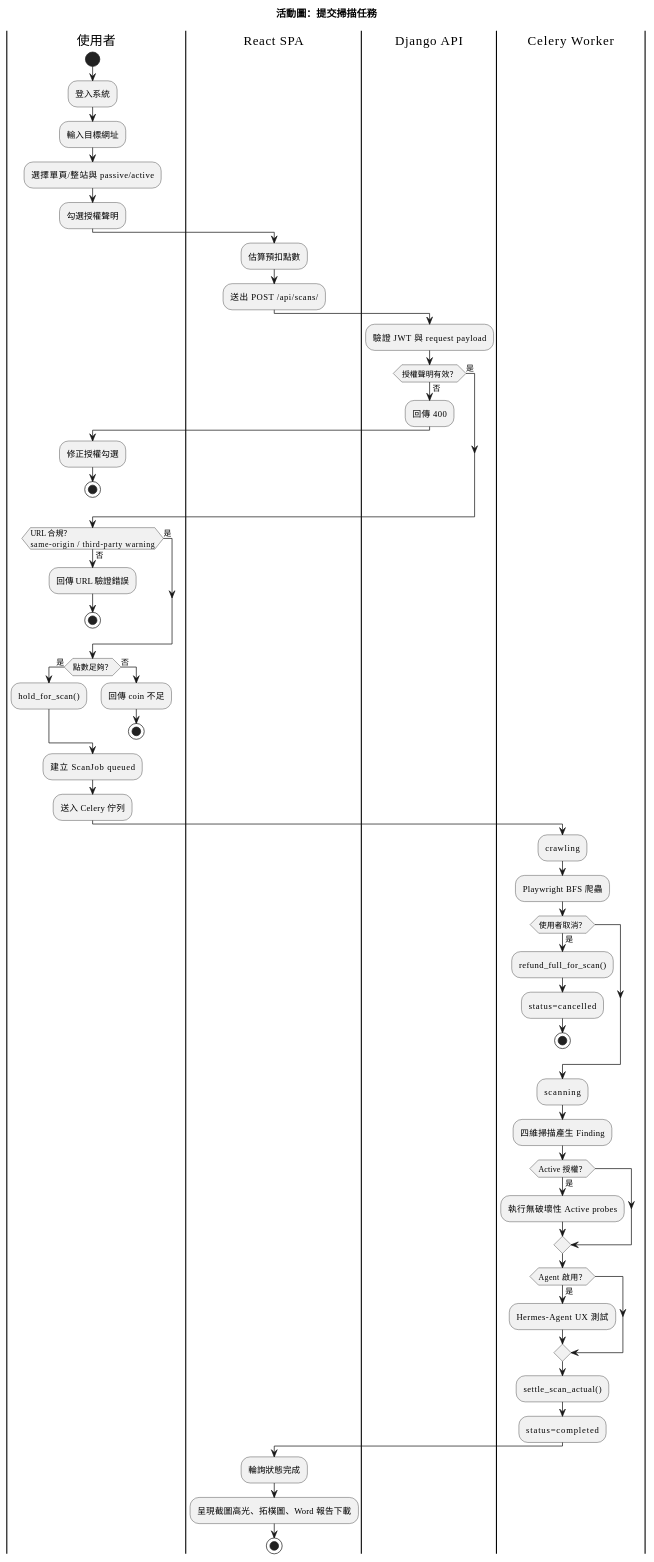
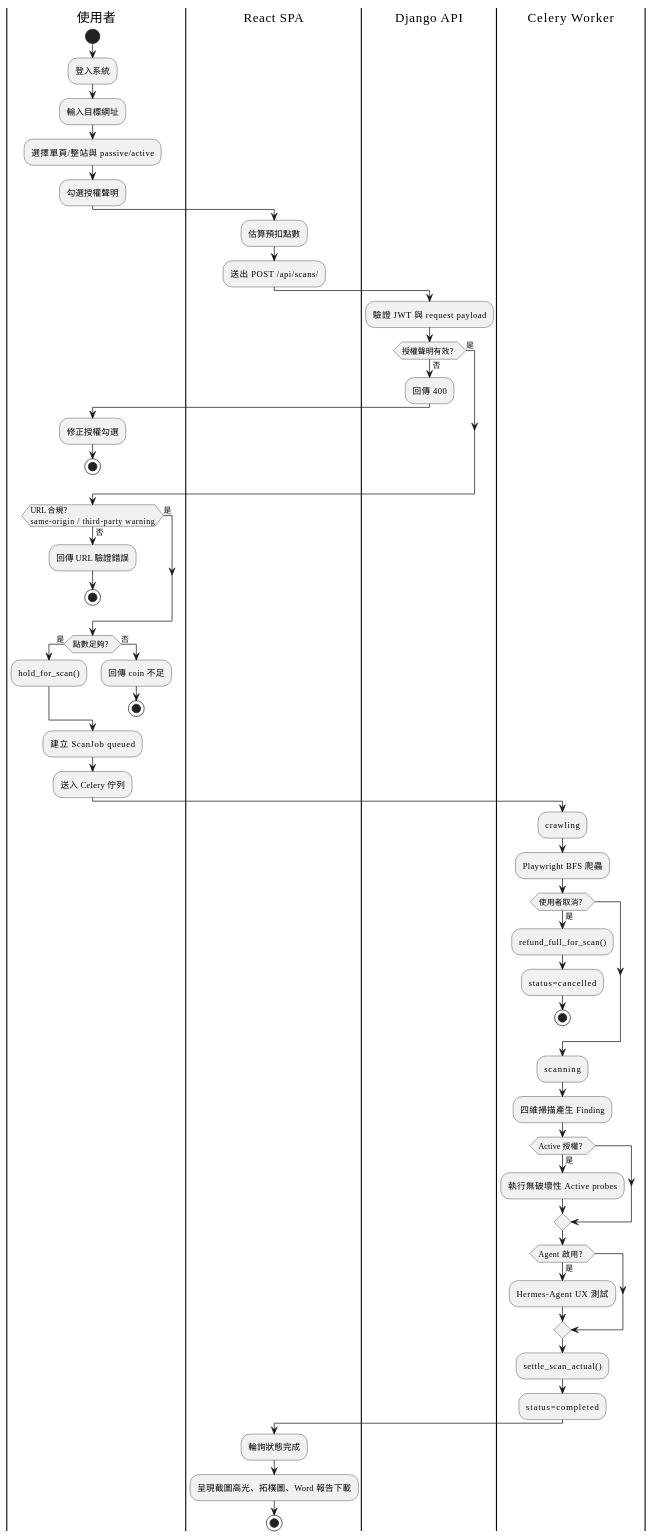
The fifth of 13 diagrams in PlantUML.md (Djude1/Argus), drawn with PlantUML before and after one commit. The commit also changed other lines of this file, not shown here.

First line of the commit message:
fix: remove PlantUML title directives for compatibility

````diff
--- a/PlantUML.md
+++ b/PlantUML.md
@@ -293,68 +289,67 @@
 ```plantuml
 @startuml
-title 活動圖：提交掃描任務
 skinparam defaultFontName Microsoft JhengHei
 skinparam shadowing false
 
 |使用者|
 start
 :登入系統;
 :輸入目標網址;
 :選擇單頁/整站與 passive/active;
 :勾選授權聲明;
 
 |React SPA|
 :估算預扣點數;
 :送出 POST /api/scans/;
 
 |Django API|
 :驗證 JWT 與 request payload;
 if (授權聲明有效？) then (是)
 else (否)
   :回傳 400;
   |使用者|
   :修正授權勾選;
   stop
 endif
 
 if (URL 合規？\nsame-origin / third-party warning) then (是)
 else (否)
   :回傳 URL 驗證錯誤;
   stop
 endif
 
 if (點數足夠？) then (是)
   :hold_for_scan();
 else (否)
   :回傳 coin 不足;
   stop
 endif
 
 :建立 ScanJob queued;
 :送入 Celery 佇列;
 
 |Celery Worker|
 :crawling;
 :Playwright BFS 爬蟲;
 if (使用者取消？) then (是)
   :refund_full_for_scan();
   :status=cancelled;
   stop
 endif
 :scanning;
 :四維掃描產生 Finding;
 if (Active 授權？) then (是)
   :執行無破壞性 Active probes;
 endif
 if (Agent 啟用？) then (是)
   :Hermes-Agent UX 測試;
 endif
 :settle_scan_actual();
 :status=completed;
 
 |React SPA|
 :輪詢狀態完成;
 :呈現截圖高光、拓樸圖、Word 報告下載;
 stop
 @enduml
 ```
````
